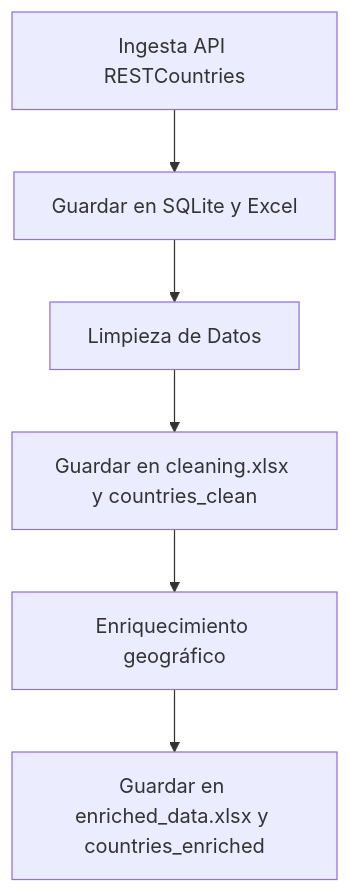
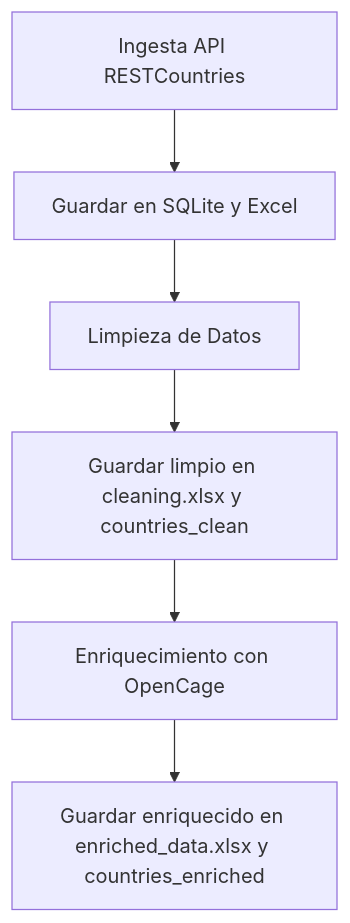
One commit to JuanesMedCol/bigdata-infrastructure changed the seventh of 7 diagrams in docs/diagrams.md. Above: the diagram before and after it, drawn with Mermaid. The commit also changed other lines of this file and 2 other files, not shown here.

````diff
--- a/docs/diagrams.md
+++ b/docs/diagrams.md
@@ -122,8 +187,8 @@
     ```mermaid
-    graph TD
+    flowchart TD
         A[Ingesta API RESTCountries] --> B[Guardar en SQLite y Excel]
         B --> C[Limpieza de Datos]
-        C --> D[Guardar en cleaning.xlsx y countries_clean]
-        D --> E[Enriquecimiento geográfico]
-        E --> F[Guardar en enriched_data.xlsx y countries_enriched]
+        C --> D[Guardar limpio en cleaning.xlsx y countries_clean]
+        D --> E[Enriquecimiento con OpenCage]
+        E --> F[Guardar enriquecido en enriched_data.xlsx y countries_enriched]
     ```
````
